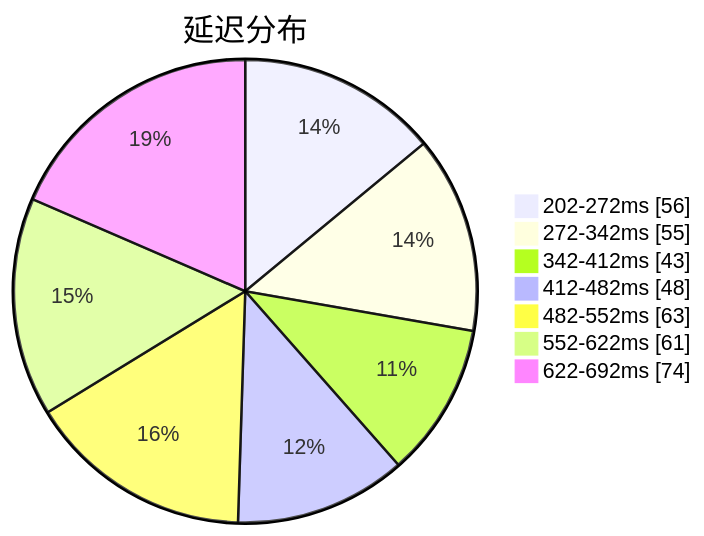
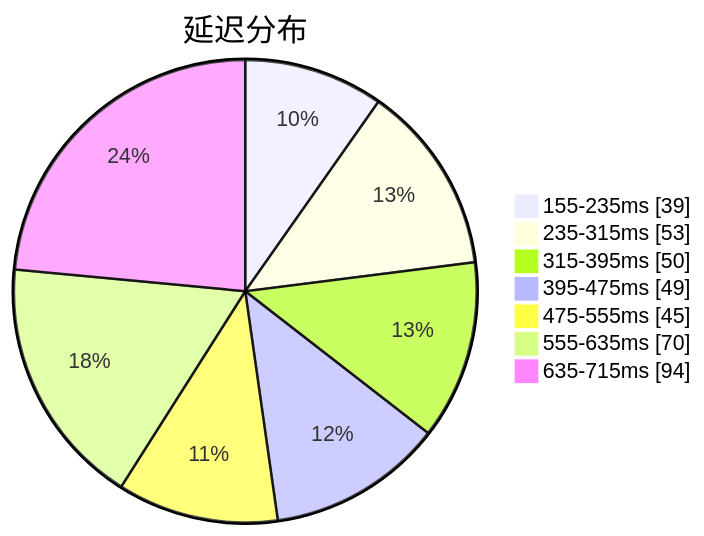
The first of 3 diagrams in subs/statistics/tested_within.md (qjlxg/airport), drawn with Mermaid before and after one commit. The commit also changed other lines of this file and 2 other files, not shown here.

````diff
--- a/subs/statistics/tested_within.md
+++ b/subs/statistics/tested_within.md
@@ -2,11 +2,11 @@
 ```mermaid
 pie showData
 title 延迟分布
-"202-272ms" : 56
-"272-342ms" : 55
-"342-412ms" : 43
-"412-482ms" : 48
-"482-552ms" : 63
-"552-622ms" : 61
-"622-692ms" : 74
+"155-235ms" : 39
+"235-315ms" : 53
+"315-395ms" : 50
+"395-475ms" : 49
+"475-555ms" : 45
+"555-635ms" : 70
+"635-715ms" : 94
 ```
````
